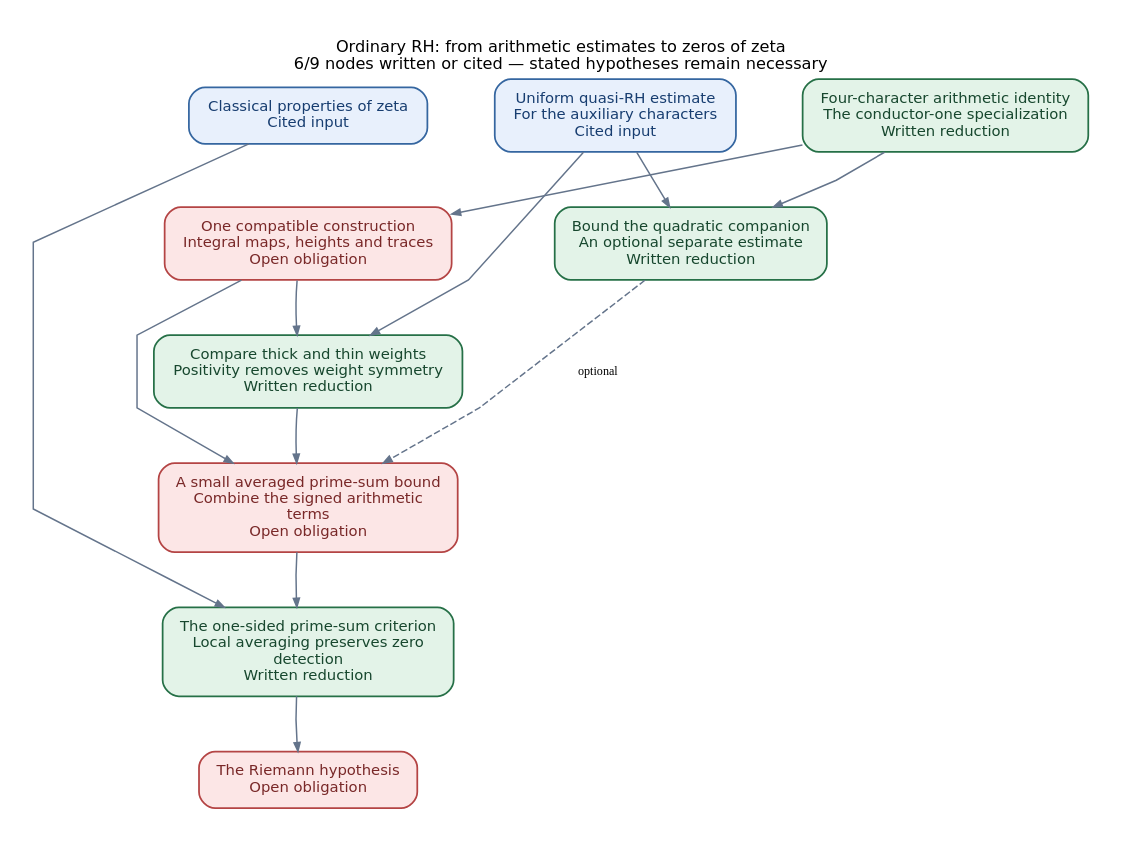
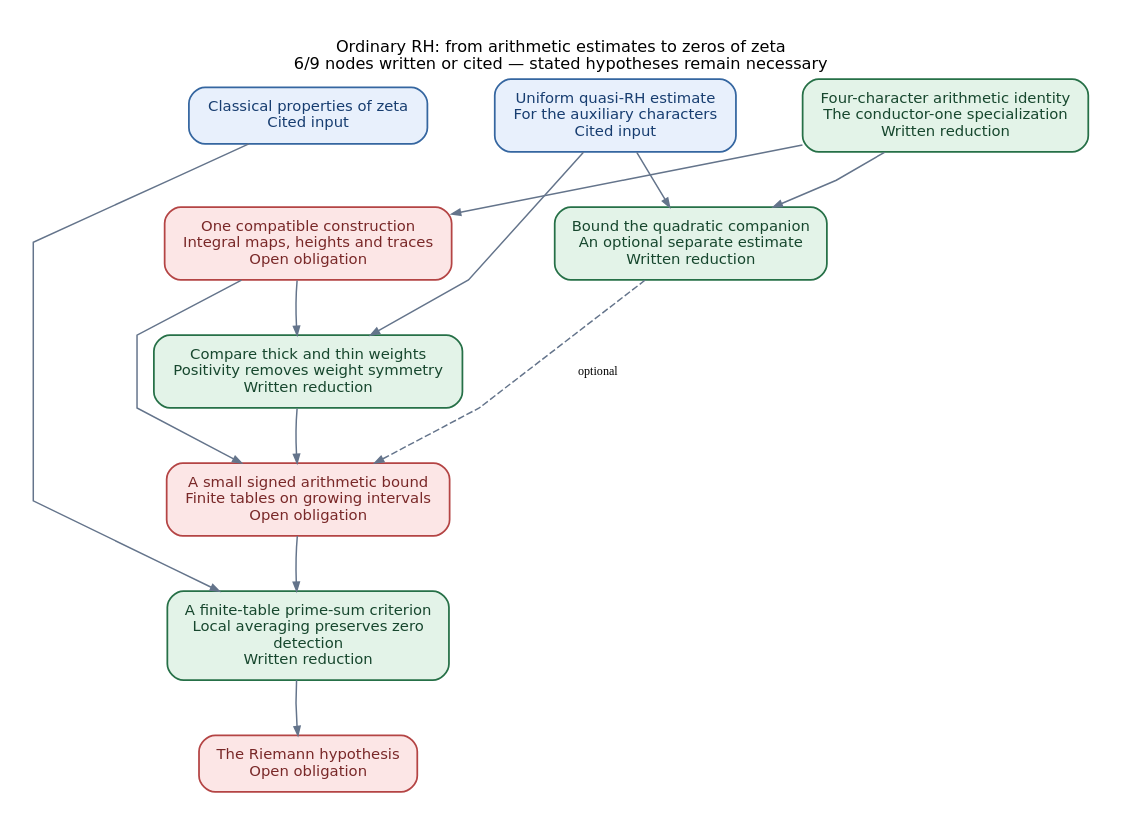
Before and after one commit to JoseBrox/GRH_distillation: the diagram in blueprint/rh/proof.dot, drawn with Graphviz. The commit also changed 68 other files, not shown here.

```diff
--- a/blueprint/rh/proof.dot
+++ b/blueprint/rh/proof.dot
@@ -1,43 +1,43 @@
 digraph proof {
 graph [rankdir=TB, bgcolor="white", pad="0.24", nodesep="0.30", ranksep="0.48",
   fontname="DejaVu Sans", fontsize=12, labelloc=t, label="Ordinary RH: from arithmetic estimates to zeros of zeta\n6/9 nodes written or cited — stated hypotheses remain necessary", splines=polyline];
 node [shape=box, style="rounded,filled", fontname="DejaVu Sans", fontsize=11,
   margin="0.18,0.12", penwidth=1.3];
 edge [color="#64748B", penwidth=1.1, arrowsize=0.65];
 graph [nodesep="0.35", ranksep="0.55"];
 "rh_classical" [label="Classical properties of zeta\nCited input", fillcolor="#E8F0FC", color="#3566A0", fontcolor="#173D70"];
 "rh_qrh" [label="Uniform quasi-RH estimate\nFor the auxiliary characters\nCited input", fillcolor="#E8F0FC", color="#3566A0", fontcolor="#173D70"];
 "rh_four" [label="Four-character arithmetic identity\nThe conductor-one specialization\nWritten reduction", fillcolor="#E3F3E8", color="#267047", fontcolor="#17472E"];
 "rh_data" [label="One compatible construction\nIntegral maps, heights and traces\nOpen obligation", fillcolor="#FCE6E6", color="#B44444", fontcolor="#792828"];
 "rh_transfer" [label="Compare thick and thin weights\nPositivity removes weight symmetry\nWritten reduction", fillcolor="#E3F3E8", color="#267047", fontcolor="#17472E"];
 "rh_companion" [label="Bound the quadratic companion\nAn optional separate estimate\nWritten reduction", fillcolor="#E3F3E8", color="#267047", fontcolor="#17472E"];
-"rh_bound" [label="A small averaged prime-sum bound\nCombine the signed arithmetic\nterms\nOpen obligation", fillcolor="#FCE6E6", color="#B44444", fontcolor="#792828"];
-"rh_criterion" [label="The one-sided prime-sum criterion\nLocal averaging preserves zero\ndetection\nWritten reduction", fillcolor="#E3F3E8", color="#267047", fontcolor="#17472E"];
+"rh_bound" [label="A small signed arithmetic bound\nFinite tables on growing intervals\nOpen obligation", fillcolor="#FCE6E6", color="#B44444", fontcolor="#792828"];
+"rh_criterion" [label="A finite-table prime-sum criterion\nLocal averaging preserves zero\ndetection\nWritten reduction", fillcolor="#E3F3E8", color="#267047", fontcolor="#17472E"];
 "rh_goal" [label="The Riemann hypothesis\nOpen obligation", fillcolor="#FCE6E6", color="#B44444", fontcolor="#792828"];
 "rh_four" -> "rh_data";
 "rh_four" -> "rh_companion";
 "rh_qrh" -> "rh_companion";
 "rh_data" -> "rh_transfer";
 "rh_data" -> "rh_bound";
 "rh_transfer" -> "rh_bound";
 "rh_companion" -> "rh_bound" [style=dashed, label="optional", fontsize=9];
 "rh_bound" -> "rh_criterion";
 "rh_classical" -> "rh_criterion";
 "rh_criterion" -> "rh_goal";
 "rh_qrh" -> "rh_transfer";
 {rank=same; "rh_classical"; "rh_qrh"; "rh_four";}
 {rank=same; "rh_data"; "rh_companion";}
 {rank=same; "rh_transfer";}
 {rank=same; "rh_bound";}
 {rank=same; "rh_criterion";}
 {rank=same; "rh_goal";}
 // Invisible edges below control layout only; they are not proof interfaces.
 "rh_classical" -> "rh_qrh" [style=invis, weight=50];
 "rh_qrh" -> "rh_four" [style=invis, weight=50];
 "rh_data" -> "rh_companion" [style=invis, weight=50];
 "rh_classical" -> "rh_data" [style=invis, weight=50];
 "rh_data" -> "rh_transfer" [style=invis, weight=50];
 "rh_transfer" -> "rh_bound" [style=invis, weight=50];
 "rh_bound" -> "rh_criterion" [style=invis, weight=50];
 "rh_criterion" -> "rh_goal" [style=invis, weight=50];
 }
```
